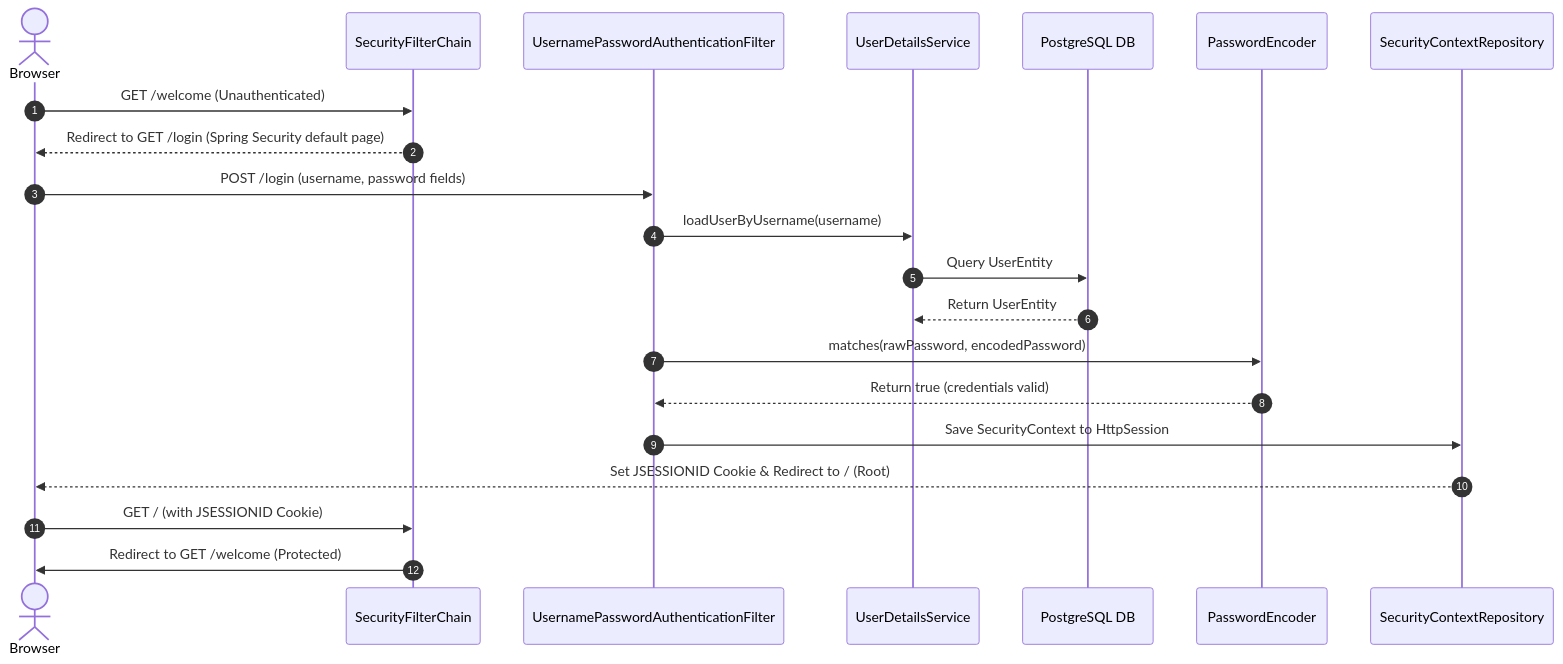
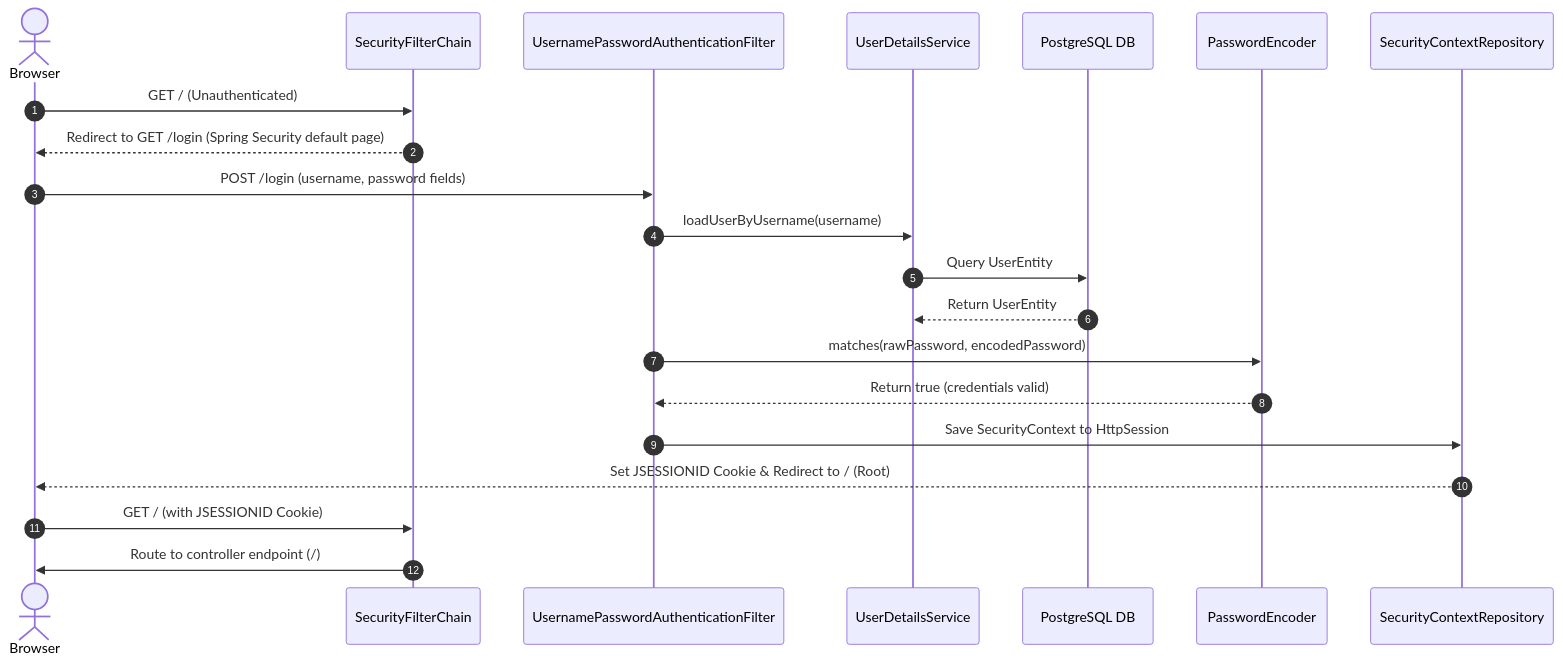
One commit to hipradeep/SpringProjects changed the first of 2 diagrams in hinotes/stateful_form_login_flow.md. Above: the diagram before and after it, drawn with Mermaid. The commit also changed other lines of this file and 1 other file, not shown here.

Commit message:
update to direct root welcome mapping without redirection

````diff
--- a/hinotes/stateful_form_login_flow.md
+++ b/hinotes/stateful_form_login_flow.md
@@ -13,27 +13,27 @@
 ```mermaid
 sequenceDiagram
     autonumber
     actor Browser
     participant SecurityFilterChain
     participant UsernamePasswordAuthenticationFilter
     participant UserDetailsService
     participant DB as PostgreSQL DB
     participant PasswordEncoder
     participant SecurityContextRepository
 
-    Browser->>SecurityFilterChain: GET /welcome (Unauthenticated)
+    Browser->>SecurityFilterChain: GET / (Unauthenticated)
     SecurityFilterChain-->>Browser: Redirect to GET /login (Spring Security default page)
     
     Browser->>UsernamePasswordAuthenticationFilter: POST /login (username, password fields)
     UsernamePasswordAuthenticationFilter->>UserDetailsService: loadUserByUsername(username)
     UserDetailsService->>DB: Query UserEntity
     DB-->>UserDetailsService: Return UserEntity
     UsernamePasswordAuthenticationFilter->>PasswordEncoder: matches(rawPassword, encodedPassword)
     PasswordEncoder-->>UsernamePasswordAuthenticationFilter: Return true (credentials valid)
     
     UsernamePasswordAuthenticationFilter->>SecurityContextRepository: Save SecurityContext to HttpSession
     SecurityContextRepository-->>Browser: Set JSESSIONID Cookie & Redirect to / (Root)
     
     Browser->>SecurityFilterChain: GET / (with JSESSIONID Cookie)
-    SecurityFilterChain->>Browser: Redirect to GET /welcome (Protected)
+    SecurityFilterChain->>Browser: Route to controller endpoint (/)
 ```
````
